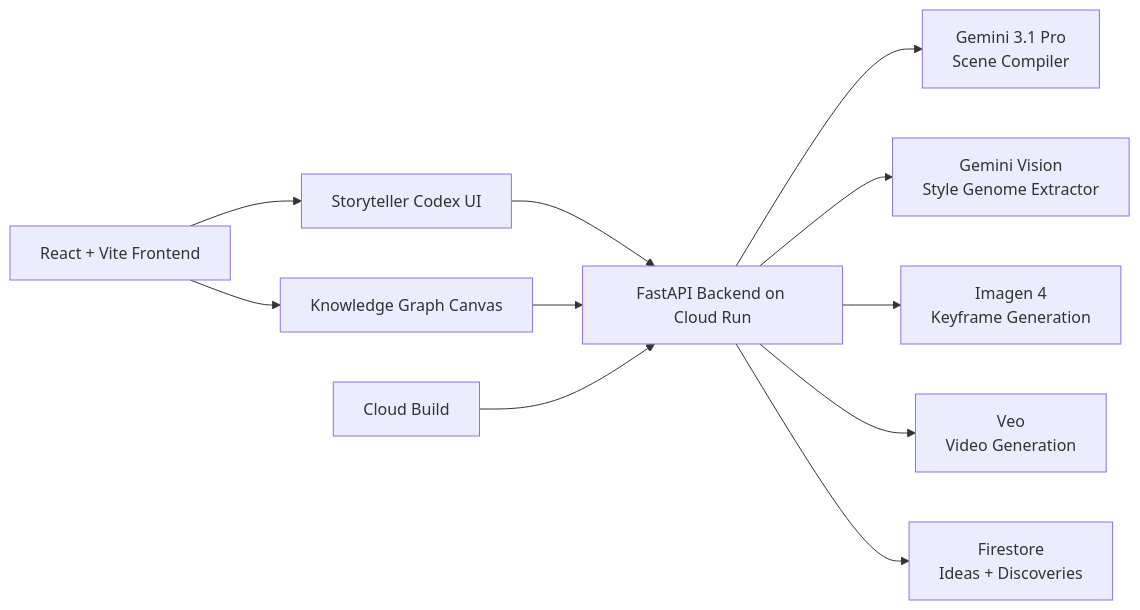
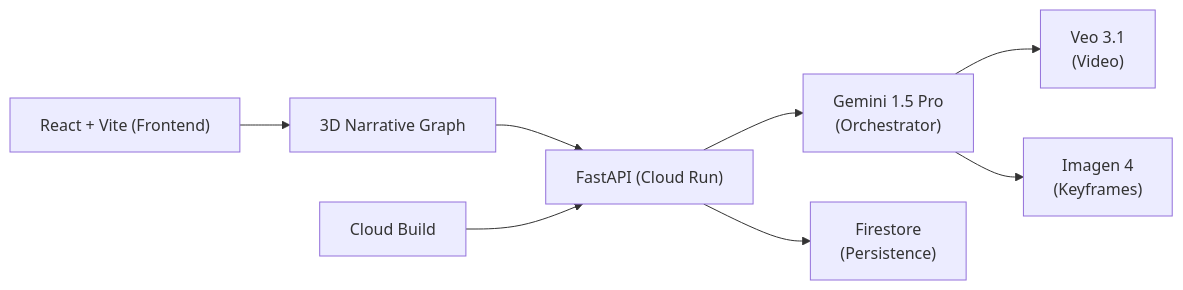
Before and after one commit to let-the-dreamers-rise/vortex-previz: the diagram in README.md, drawn with Mermaid. The commit also changed other lines of this file, not shown here.

````diff
--- a/README.md
+++ b/README.md
@@ -33,13 +45,10 @@
 ```mermaid
 flowchart LR
-    A["React + Vite Frontend"] --> B["Storyteller Codex UI"]
-    A --> C["Knowledge Graph Canvas"]
-    B --> D["FastAPI Backend on Cloud Run"]
-    C --> D
-    D --> E["Gemini 3.1 Pro\nScene Compiler"]
-    D --> F["Gemini Vision\nStyle Genome Extractor"]
-    D --> G["Imagen 4\nKeyframe Generation"]
-    D --> H["Veo\nVideo Generation"]
-    D --> I["Firestore\nIdeas + Discoveries"]
-    J["Cloud Build"] --> D
+    A["React + Vite (Frontend)"] --> B["3D Narrative Graph"]
+    B --> C["FastAPI (Cloud Run)"]
+    C --> D["Gemini 1.5 Pro\n(Orchestrator)"]
+    D --> E["Veo 3.1\n(Video)"]
+    D --> F["Imagen 4\n(Keyframes)"]
+    C --> G["Firestore\n(Persistence)"]
+    H["Cloud Build"] --> C
 ```
````
